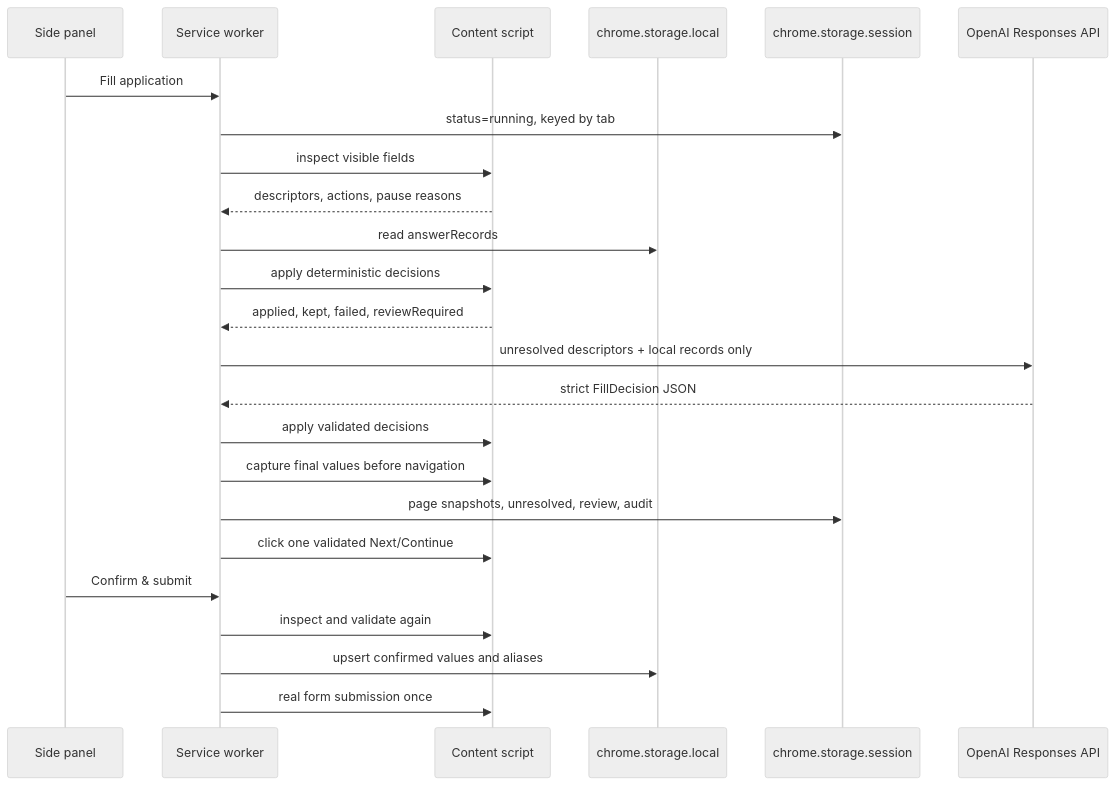
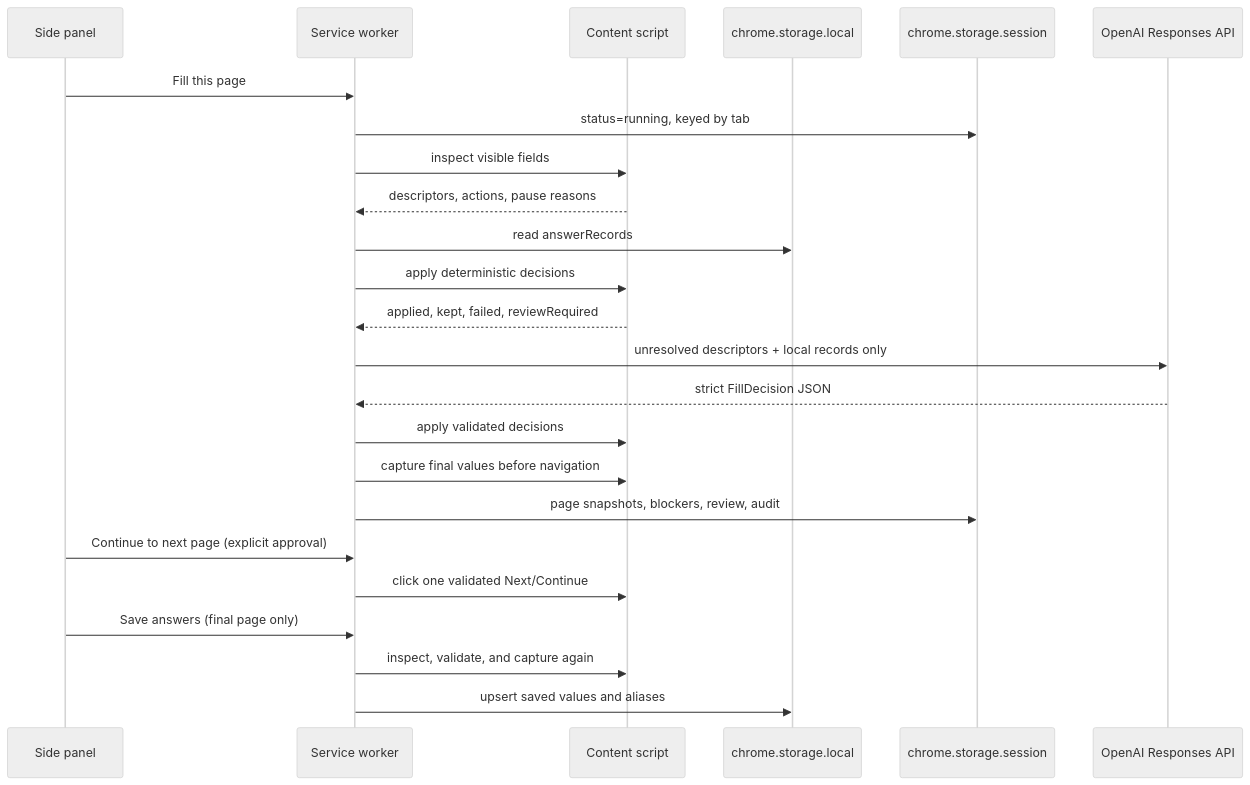
Before and after one commit to humandotlearning/job-application-autofill-extension: the second of 3 diagrams in README.md, drawn with Mermaid (neutral theme). The commit also changed other lines of this file and 21 other files, not shown here.

Commit message:
Support embedded application form autofill

````diff
--- a/README.md
+++ b/README.md
@@ -35,27 +39,27 @@
 ```mermaid
 sequenceDiagram
     participant Panel as Side panel
     participant Worker as Service worker
     participant Page as Content script
     participant Profile as chrome.storage.local
     participant Run as chrome.storage.session
     participant OpenAI as OpenAI Responses API
 
-    Panel->>Worker: Fill application
+    Panel->>Worker: Fill this page
     Worker->>Run: status=running, keyed by tab
     Worker->>Page: inspect visible fields
     Page-->>Worker: descriptors, actions, pause reasons
     Worker->>Profile: read answerRecords
     Worker->>Page: apply deterministic decisions
     Page-->>Worker: applied, kept, failed, reviewRequired
     Worker->>OpenAI: unresolved descriptors + local records only
     OpenAI-->>Worker: strict FillDecision JSON
     Worker->>Page: apply validated decisions
     Worker->>Page: capture final values before navigation
-    Worker->>Run: page snapshots, unresolved, review, audit
+    Worker->>Run: page snapshots, blockers, review, audit
+    Panel->>Worker: Continue to next page (explicit approval)
     Worker->>Page: click one validated Next/Continue
-    Panel->>Worker: Confirm & submit
-    Worker->>Page: inspect and validate again
-    Worker->>Profile: upsert confirmed values and aliases
-    Worker->>Page: real form submission once
+    Panel->>Worker: Save answers (final page only)
+    Worker->>Page: inspect, validate, and capture again
+    Worker->>Profile: upsert saved values and aliases
 ```
````
